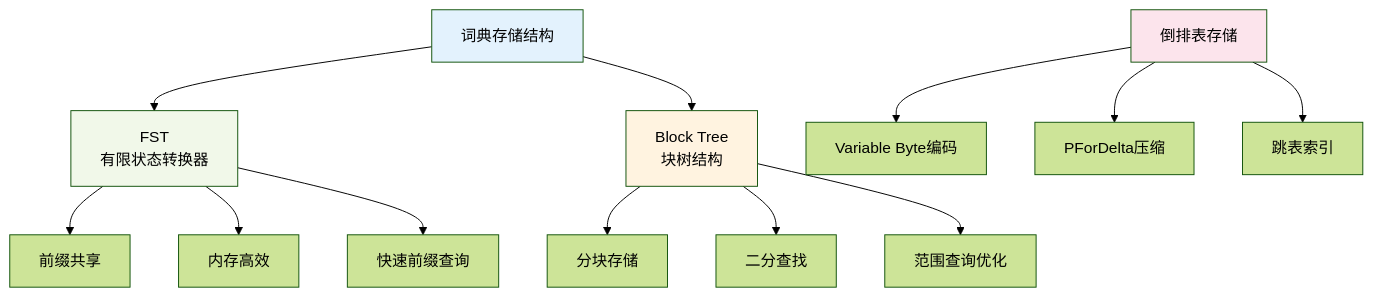
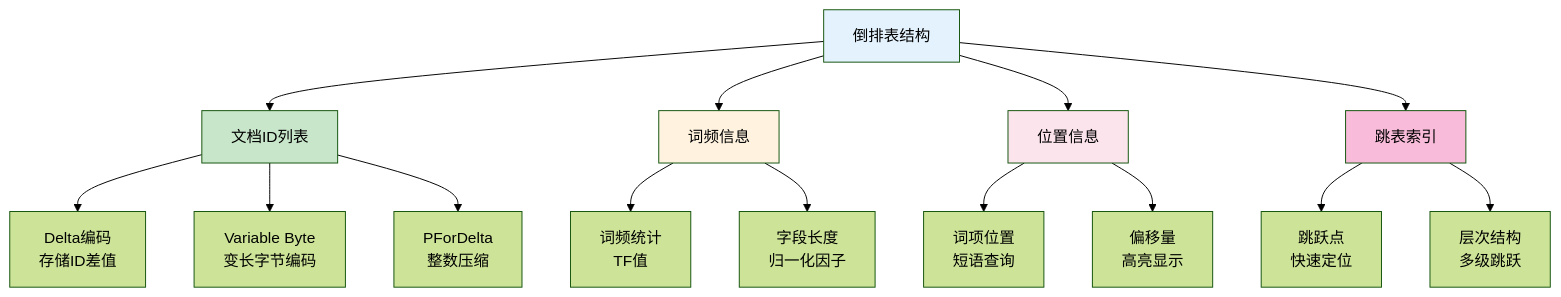
The eighth of 36 diagrams in 32.elasticsearch.md (ralph-wren/TechStack-Handbook), drawn with Mermaid (forest theme) before and after one commit. The commit also changed other lines of this file and 4 other files, not shown here.

````diff
--- a/32.elasticsearch.md
+++ b/32.elasticsearch.md
@@ -328,22 +426,26 @@
 ```mermaid
 graph TD
-    A["词典存储结构"] --> B["FST<br/>有限状态转换器"]
-    A --> C["Block Tree<br/>块树结构"]
+    A["倒排表结构"] --> B["文档ID列表"]
+    A --> C["词频信息"]
+    A --> D["位置信息"]
+    A --> E["跳表索引"]
     
-    B --> B1["前缀共享"]
-    B --> B2["内存高效"]
-    B --> B3["快速前缀查询"]
+    B --> B1["Delta编码<br/>存储ID差值"]
+    B --> B2["Variable Byte<br/>变长字节编码"]
+    B --> B3["PForDelta<br/>整数压缩"]
     
-    C --> C1["分块存储"]
-    C --> C2["二分查找"]
-    C --> C3["范围查询优化"]
+    C --> C1["词频统计<br/>TF值"]
+    C --> C2["字段长度<br/>归一化因子"]
     
-    D["倒排表存储"] --> D1["Variable Byte编码"]
-    D --> D2["PForDelta压缩"]
-    D --> D3["跳表索引"]
+    D --> D1["词项位置<br/>短语查询"]
+    D --> D2["偏移量<br/>高亮显示"]
+    
+    E --> E1["跳跃点<br/>快速定位"]
+    E --> E2["层次结构<br/>多级跳跃"]
     
     style A fill:#e3f2fd
-    style B fill:#f1f8e9
+    style B fill:#c8e6c9
     style C fill:#fff3e0
     style D fill:#fce4ec
+    style E fill:#f8bbd9
 ```
````
